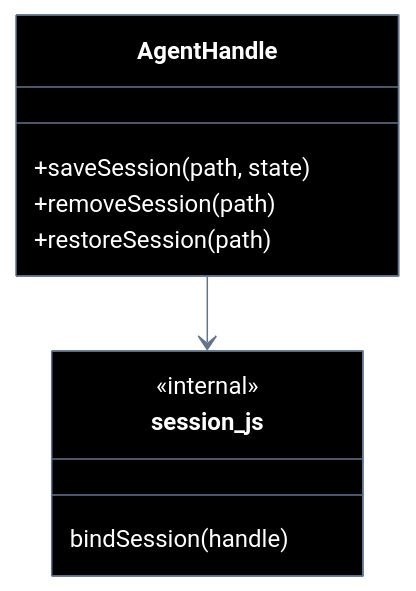
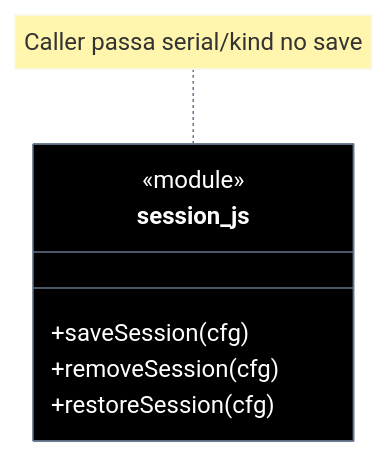
The second of 2 diagrams in screen-robot/implementation-plan/EP-06-sessao.md (laerciogermano/workstation), drawn with Mermaid before and after one commit. The commit also changed other lines of this file and 49 other files, not shown here.

````diff
--- a/screen-robot/implementation-plan/EP-06-sessao.md
+++ b/screen-robot/implementation-plan/EP-06-sessao.md
@@ -258,38 +253,35 @@
 ```mermaid
 ---
 config:
   theme: base
   themeVariables:
     darkMode: true
     background: '#000000'
     primaryColor: '#000000'
     primaryTextColor: '#ffffff'
     primaryBorderColor: '#64748b'
     secondaryColor: '#000000'
     secondaryTextColor: '#ffffff'
     secondaryBorderColor: '#64748b'
     tertiaryColor: '#000000'
     tertiaryTextColor: '#ffffff'
     tertiaryBorderColor: '#64748b'
     lineColor: '#64748b'
     textColor: '#ffffff'
     mainBkg: '#000000'
     nodeBorder: '#64748b'
     clusterBkg: '#000000'
     clusterBorder: '#333333'
     titleColor: '#ffffff'
     classText: '#ffffff'
 ---
 classDiagram
   direction TB
-  class AgentHandle {
-    +saveSession(path, state)
-    +removeSession(path)
-    +restoreSession(path)
+  class session_js {
+    <<module>>
+    +saveSession(cfg)
+    +removeSession(cfg)
+    +restoreSession(cfg)
   }
-  class session_js {
-    <<internal>>
-    bindSession(handle)
-  }
-  AgentHandle --> session_js
+  note for session_js "Caller passa serial/kind no save"
 ```
````
